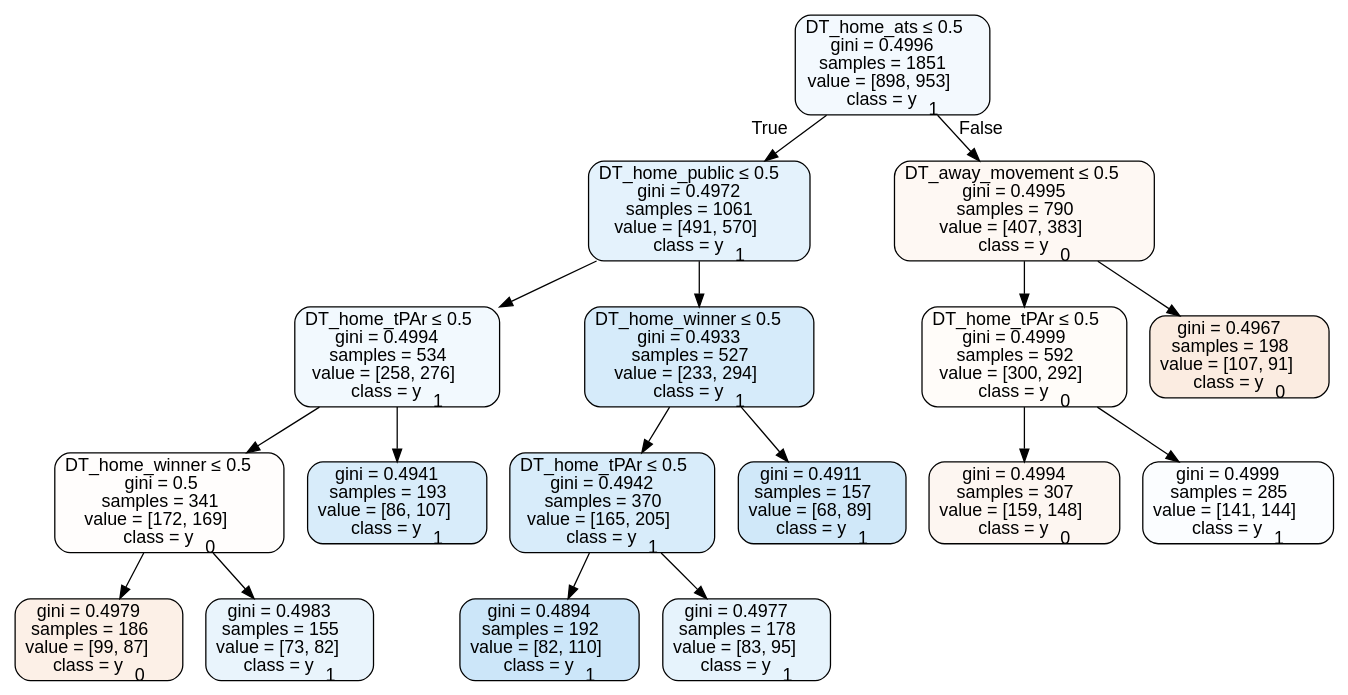
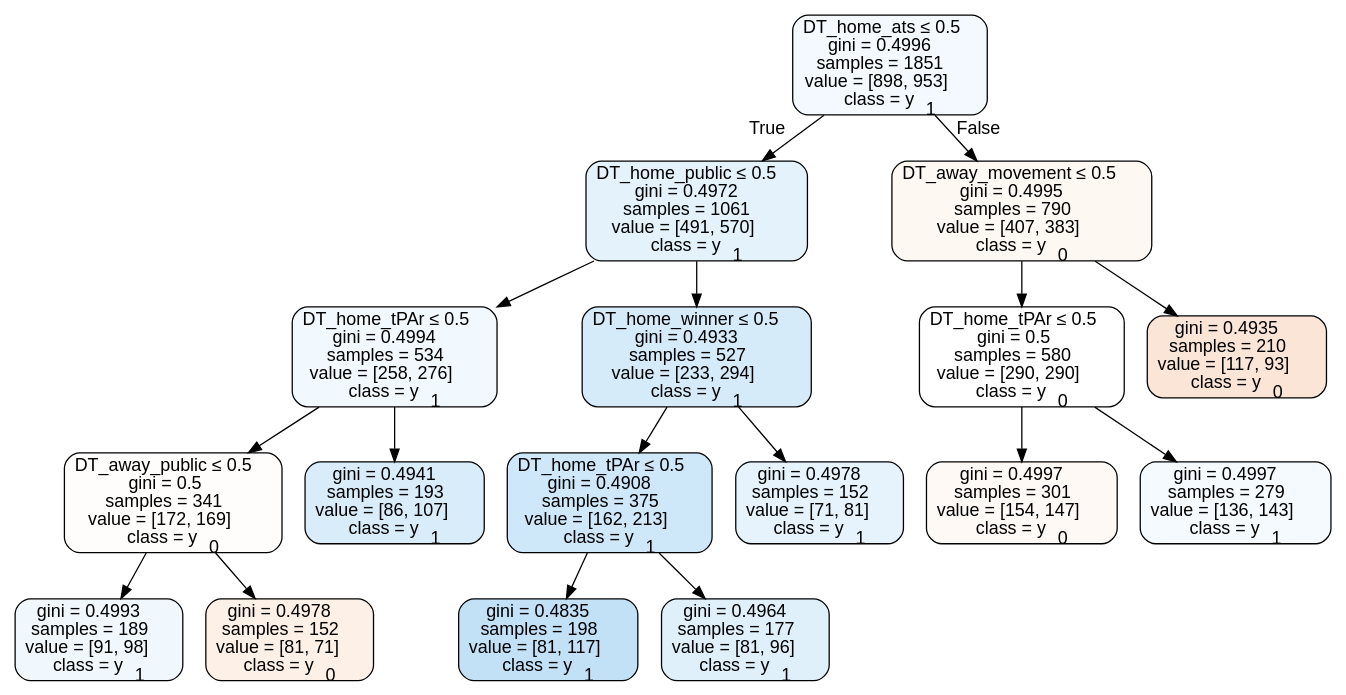
One commit to usbogie/ncaa-bets changed the diagram in tree_data/tree2012neutral.dot. Above: the diagram before and after it, drawn with Graphviz. The commit also changed 22 other files, not shown here.

```diff
--- a/tree_data/tree2012neutral.dot
+++ b/tree_data/tree2012neutral.dot
@@ -1,37 +1,37 @@
 digraph Tree {
 node [shape=box, style="filled, rounded", color="black", fontname=helvetica] ;
 edge [fontname=helvetica] ;
 0 [label=<DT_home_ats &le; 0.5<br/>gini = 0.4996<br/>samples = 1851<br/>value = [898, 953]<br/>class = y<SUB>1</SUB>>, fillcolor="#399de50f"] ;
 1 [label=<DT_home_public &le; 0.5<br/>gini = 0.4972<br/>samples = 1061<br/>value = [491, 570]<br/>class = y<SUB>1</SUB>>, fillcolor="#399de523"] ;
 0 -> 1 [labeldistance=2.5, labelangle=45, headlabel="True"] ;
 2 [label=<DT_home_tPAr &le; 0.5<br/>gini = 0.4994<br/>samples = 534<br/>value = [258, 276]<br/>class = y<SUB>1</SUB>>, fillcolor="#399de511"] ;
 1 -> 2 ;
-3 [label=<DT_home_winner &le; 0.5<br/>gini = 0.5<br/>samples = 341<br/>value = [172, 169]<br/>class = y<SUB>0</SUB>>, fillcolor="#e5813904"] ;
+3 [label=<DT_away_public &le; 0.5<br/>gini = 0.5<br/>samples = 341<br/>value = [172, 169]<br/>class = y<SUB>0</SUB>>, fillcolor="#e5813904"] ;
 2 -> 3 ;
-4 [label=<gini = 0.4979<br/>samples = 186<br/>value = [99, 87]<br/>class = y<SUB>0</SUB>>, fillcolor="#e581391f"] ;
+4 [label=<gini = 0.4993<br/>samples = 189<br/>value = [91, 98]<br/>class = y<SUB>1</SUB>>, fillcolor="#399de512"] ;
 3 -> 4 ;
-5 [label=<gini = 0.4983<br/>samples = 155<br/>value = [73, 82]<br/>class = y<SUB>1</SUB>>, fillcolor="#399de51c"] ;
+5 [label=<gini = 0.4978<br/>samples = 152<br/>value = [81, 71]<br/>class = y<SUB>0</SUB>>, fillcolor="#e581391f"] ;
 3 -> 5 ;
 6 [label=<gini = 0.4941<br/>samples = 193<br/>value = [86, 107]<br/>class = y<SUB>1</SUB>>, fillcolor="#399de532"] ;
 2 -> 6 ;
 7 [label=<DT_home_winner &le; 0.5<br/>gini = 0.4933<br/>samples = 527<br/>value = [233, 294]<br/>class = y<SUB>1</SUB>>, fillcolor="#399de535"] ;
 1 -> 7 ;
-8 [label=<DT_home_tPAr &le; 0.5<br/>gini = 0.4942<br/>samples = 370<br/>value = [165, 205]<br/>class = y<SUB>1</SUB>>, fillcolor="#399de532"] ;
+8 [label=<DT_home_tPAr &le; 0.5<br/>gini = 0.4908<br/>samples = 375<br/>value = [162, 213]<br/>class = y<SUB>1</SUB>>, fillcolor="#399de53d"] ;
 7 -> 8 ;
-9 [label=<gini = 0.4894<br/>samples = 192<br/>value = [82, 110]<br/>class = y<SUB>1</SUB>>, fillcolor="#399de541"] ;
+9 [label=<gini = 0.4835<br/>samples = 198<br/>value = [81, 117]<br/>class = y<SUB>1</SUB>>, fillcolor="#399de54e"] ;
 8 -> 9 ;
-10 [label=<gini = 0.4977<br/>samples = 178<br/>value = [83, 95]<br/>class = y<SUB>1</SUB>>, fillcolor="#399de520"] ;
+10 [label=<gini = 0.4964<br/>samples = 177<br/>value = [81, 96]<br/>class = y<SUB>1</SUB>>, fillcolor="#399de528"] ;
 8 -> 10 ;
-11 [label=<gini = 0.4911<br/>samples = 157<br/>value = [68, 89]<br/>class = y<SUB>1</SUB>>, fillcolor="#399de53c"] ;
+11 [label=<gini = 0.4978<br/>samples = 152<br/>value = [71, 81]<br/>class = y<SUB>1</SUB>>, fillcolor="#399de51f"] ;
 7 -> 11 ;
 12 [label=<DT_away_movement &le; 0.5<br/>gini = 0.4995<br/>samples = 790<br/>value = [407, 383]<br/>class = y<SUB>0</SUB>>, fillcolor="#e581390f"] ;
 0 -> 12 [labeldistance=2.5, labelangle=-45, headlabel="False"] ;
-13 [label=<DT_home_tPAr &le; 0.5<br/>gini = 0.4999<br/>samples = 592<br/>value = [300, 292]<br/>class = y<SUB>0</SUB>>, fillcolor="#e5813907"] ;
+13 [label=<DT_home_tPAr &le; 0.5<br/>gini = 0.5<br/>samples = 580<br/>value = [290, 290]<br/>class = y<SUB>0</SUB>>, fillcolor="#e5813900"] ;
 12 -> 13 ;
-14 [label=<gini = 0.4994<br/>samples = 307<br/>value = [159, 148]<br/>class = y<SUB>0</SUB>>, fillcolor="#e5813912"] ;
+14 [label=<gini = 0.4997<br/>samples = 301<br/>value = [154, 147]<br/>class = y<SUB>0</SUB>>, fillcolor="#e581390c"] ;
 13 -> 14 ;
-15 [label=<gini = 0.4999<br/>samples = 285<br/>value = [141, 144]<br/>class = y<SUB>1</SUB>>, fillcolor="#399de505"] ;
+15 [label=<gini = 0.4997<br/>samples = 279<br/>value = [136, 143]<br/>class = y<SUB>1</SUB>>, fillcolor="#399de50c"] ;
 13 -> 15 ;
-16 [label=<gini = 0.4967<br/>samples = 198<br/>value = [107, 91]<br/>class = y<SUB>0</SUB>>, fillcolor="#e5813926"] ;
+16 [label=<gini = 0.4935<br/>samples = 210<br/>value = [117, 93]<br/>class = y<SUB>0</SUB>>, fillcolor="#e5813934"] ;
 12 -> 16 ;
 }
```
